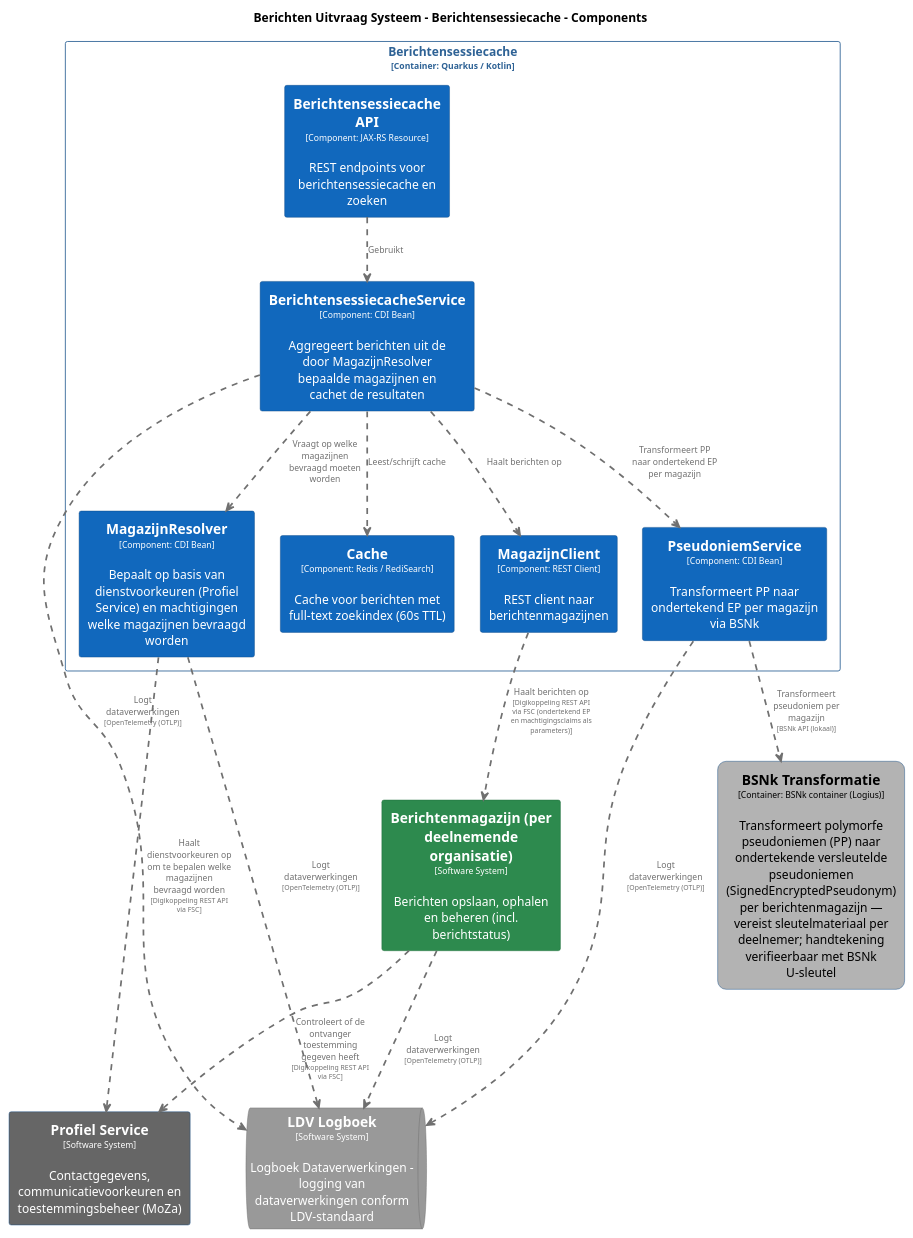
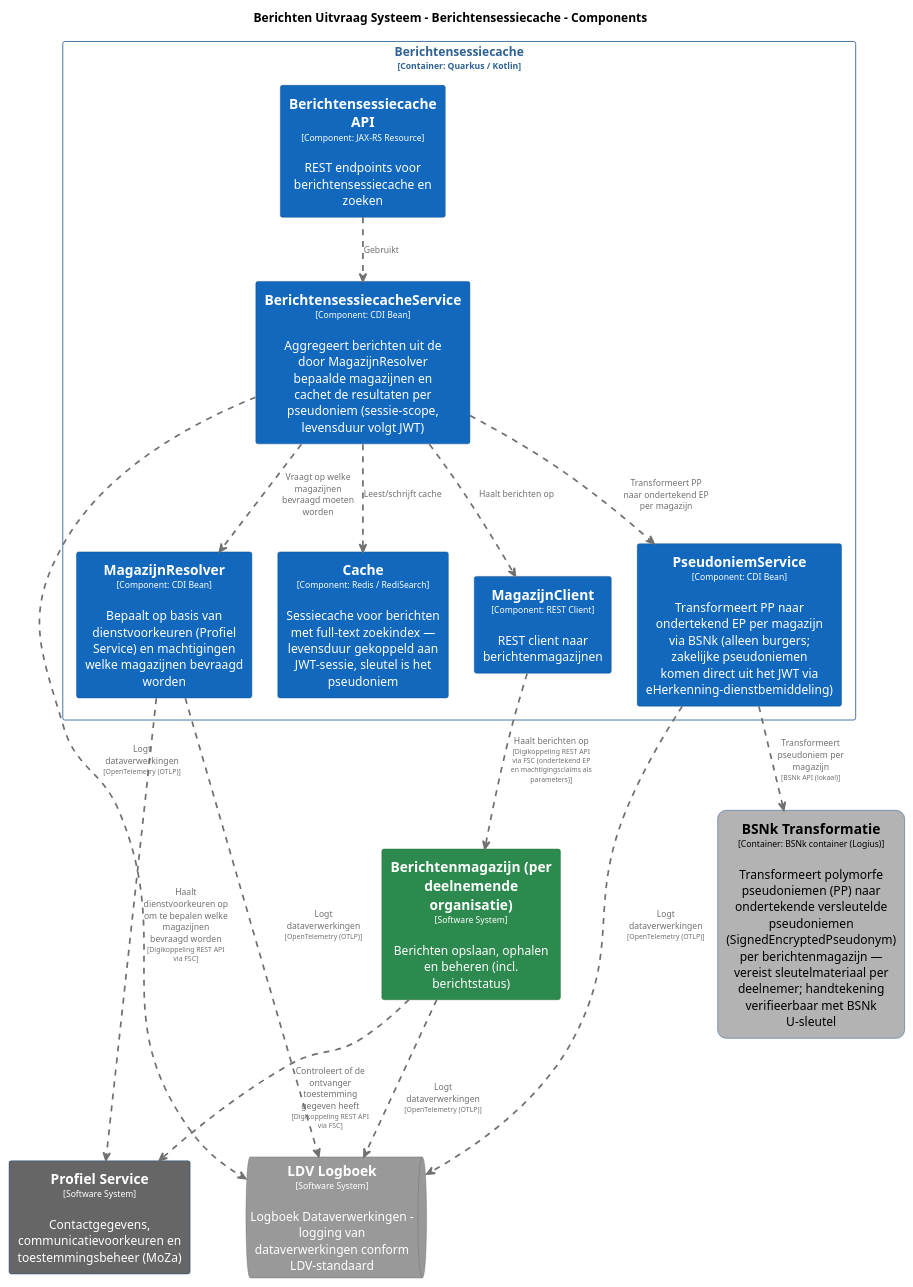
The diagram in pr-preview/pr-22/master/puml/BerichtensessiecacheComponenten.puml (MinBZK/moza-poc-fbs-berichtenbox), drawn with PlantUML before and after one commit. The commit also changed 31 other files, not shown here.

```diff
--- a/pr-preview/pr-22/master/puml/BerichtensessiecacheComponenten.puml
+++ b/pr-preview/pr-22/master/puml/BerichtensessiecacheComponenten.puml
@@ -1,112 +1,112 @@
 @startuml
 set separator none
 title Berichten Uitvraag Systeem - Berichtensessiecache - Components
 
 top to bottom direction
 skinparam ranksep 60
 skinparam nodesep 30
 
 skinparam {
   arrowFontSize 10
   defaultTextAlignment center
   wrapWidth 200
   maxMessageSize 100
 }
 
 hide stereotype
 
 skinparam rectangle<<BerichtenUitvraagSysteem.BSNkTransformatie>> {
   BackgroundColor #b3b3b3
   FontColor #000000
   BorderColor #0b4884
   roundCorner 20
   shadowing false
 }
 skinparam rectangle<<Berichtenmagazijnperdeelnemendeorganisatie>> {
   BackgroundColor #2d8a4e
   FontColor #ffffff
   BorderColor #1e6b38
   shadowing false
 }
 skinparam rectangle<<BerichtenUitvraagSysteem.Berichtensessiecache.BerichtensessiecacheAPI>> {
   BackgroundColor #1168bd
   FontColor #ffffff
   BorderColor #0b4884
   shadowing false
 }
 skinparam rectangle<<BerichtenUitvraagSysteem.Berichtensessiecache.BerichtensessiecacheService>> {
   BackgroundColor #1168bd
   FontColor #ffffff
   BorderColor #0b4884
   shadowing false
 }
 skinparam rectangle<<BerichtenUitvraagSysteem.Berichtensessiecache.Cache>> {
   BackgroundColor #1168bd
   FontColor #ffffff
   BorderColor #0b4884
   shadowing false
 }
 skinparam queue<<LDVLogboek>> {
   BackgroundColor #999999
   FontColor #ffffff
   BorderColor #6b6b6b
   shadowing false
 }
 skinparam rectangle<<BerichtenUitvraagSysteem.Berichtensessiecache.MagazijnClient>> {
   BackgroundColor #1168bd
   FontColor #ffffff
   BorderColor #0b4884
   shadowing false
 }
 skinparam rectangle<<BerichtenUitvraagSysteem.Berichtensessiecache.MagazijnResolver>> {
   BackgroundColor #1168bd
   FontColor #ffffff
   BorderColor #0b4884
   shadowing false
 }
 skinparam rectangle<<ProfielService>> {
   BackgroundColor #666666
   FontColor #ffffff
   BorderColor #0b4884
   shadowing false
 }
 skinparam rectangle<<BerichtenUitvraagSysteem.Berichtensessiecache.PseudoniemService>> {
   BackgroundColor #1168bd
   FontColor #ffffff
   BorderColor #0b4884
   shadowing false
 }
 skinparam rectangle<<BerichtenUitvraagSysteem.Berichtensessiecache>> {
   BorderColor #2e6295
   FontColor #2e6295
   shadowing false
 }
 
 rectangle "==Profiel Service\n<size:10>[Software System]</size>\n\nContactgegevens, communicatievoorkeuren en toestemmingsbeheer (MoZa)" <<ProfielService>> as ProfielService
 rectangle "==Berichtenmagazijn (per deelnemende organisatie)\n<size:10>[Software System]</size>\n\nBerichten opslaan, ophalen en beheren (incl. berichtstatus)" <<Berichtenmagazijnperdeelnemendeorganisatie>> as Berichtenmagazijnperdeelnemendeorganisatie
 rectangle "==BSNk Transformatie\n<size:10>[Container: BSNk container (Logius)]</size>\n\nTransformeert polymorfe pseudoniemen (PP) naar ondertekende versleutelde pseudoniemen (SignedEncryptedPseudonym) per berichtenmagazijn — vereist sleutelmateriaal per deelnemer; handtekening verifieerbaar met BSNk U-sleutel" <<BerichtenUitvraagSysteem.BSNkTransformatie>> as BerichtenUitvraagSysteem.BSNkTransformatie
 queue "==LDV Logboek\n<size:10>[Software System]</size>\n\nLogboek Dataverwerkingen - logging van dataverwerkingen conform LDV-standaard" <<LDVLogboek>> as LDVLogboek
 
 rectangle "Berichtensessiecache\n<size:10>[Container: Quarkus / Kotlin]</size>" <<BerichtenUitvraagSysteem.Berichtensessiecache>> {
   rectangle "==Berichtensessiecache API\n<size:10>[Component: JAX-RS Resource]</size>\n\nREST endpoints voor berichtensessiecache en zoeken" <<BerichtenUitvraagSysteem.Berichtensessiecache.BerichtensessiecacheAPI>> as BerichtenUitvraagSysteem.Berichtensessiecache.BerichtensessiecacheAPI
   rectangle "==MagazijnResolver\n<size:10>[Component: CDI Bean]</size>\n\nBepaalt op basis van dienstvoorkeuren (Profiel Service) en machtigingen welke magazijnen bevraagd worden" <<BerichtenUitvraagSysteem.Berichtensessiecache.MagazijnResolver>> as BerichtenUitvraagSysteem.Berichtensessiecache.MagazijnResolver
-  rectangle "==PseudoniemService\n<size:10>[Component: CDI Bean]</size>\n\nTransformeert PP naar ondertekend EP per magazijn via BSNk" <<BerichtenUitvraagSysteem.Berichtensessiecache.PseudoniemService>> as BerichtenUitvraagSysteem.Berichtensessiecache.PseudoniemService
-  rectangle "==BerichtensessiecacheService\n<size:10>[Component: CDI Bean]</size>\n\nAggregeert berichten uit de door MagazijnResolver bepaalde magazijnen en cachet de resultaten" <<BerichtenUitvraagSysteem.Berichtensessiecache.BerichtensessiecacheService>> as BerichtenUitvraagSysteem.Berichtensessiecache.BerichtensessiecacheService
-  rectangle "==Cache\n<size:10>[Component: Redis / RediSearch]</size>\n\nCache voor berichten met full-text zoekindex (60s TTL)" <<BerichtenUitvraagSysteem.Berichtensessiecache.Cache>> as BerichtenUitvraagSysteem.Berichtensessiecache.Cache
+  rectangle "==PseudoniemService\n<size:10>[Component: CDI Bean]</size>\n\nTransformeert PP naar ondertekend EP per magazijn via BSNk (alleen burgers; zakelijke pseudoniemen komen direct uit het JWT via eHerkenning-dienstbemiddeling)" <<BerichtenUitvraagSysteem.Berichtensessiecache.PseudoniemService>> as BerichtenUitvraagSysteem.Berichtensessiecache.PseudoniemService
+  rectangle "==BerichtensessiecacheService\n<size:10>[Component: CDI Bean]</size>\n\nAggregeert berichten uit de door MagazijnResolver bepaalde magazijnen en cachet de resultaten per pseudoniem (sessie-scope, levensduur volgt JWT)" <<BerichtenUitvraagSysteem.Berichtensessiecache.BerichtensessiecacheService>> as BerichtenUitvraagSysteem.Berichtensessiecache.BerichtensessiecacheService
+  rectangle "==Cache\n<size:10>[Component: Redis / RediSearch]</size>\n\nSessiecache voor berichten met full-text zoekindex — levensduur gekoppeld aan JWT-sessie, sleutel is het pseudoniem" <<BerichtenUitvraagSysteem.Berichtensessiecache.Cache>> as BerichtenUitvraagSysteem.Berichtensessiecache.Cache
   rectangle "==MagazijnClient\n<size:10>[Component: REST Client]</size>\n\nREST client naar berichtenmagazijnen" <<BerichtenUitvraagSysteem.Berichtensessiecache.MagazijnClient>> as BerichtenUitvraagSysteem.Berichtensessiecache.MagazijnClient
 }
 
 Berichtenmagazijnperdeelnemendeorganisatie .[#707070,thickness=2].> ProfielService : "<color:#707070>Controleert of de ontvanger toestemming gegeven heeft\n<color:#707070><size:8>[Digikoppeling REST API via FSC]</size>"
 BerichtenUitvraagSysteem.Berichtensessiecache.MagazijnResolver .[#707070,thickness=2].> ProfielService : "<color:#707070>Haalt dienstvoorkeuren op om te bepalen welke magazijnen bevraagd worden\n<color:#707070><size:8>[Digikoppeling REST API via FSC]</size>"
 BerichtenUitvraagSysteem.Berichtensessiecache.MagazijnClient .[#707070,thickness=2].> Berichtenmagazijnperdeelnemendeorganisatie : "<color:#707070>Haalt berichten op\n<color:#707070><size:8>[Digikoppeling REST API via FSC (ondertekend EP en machtigingsclaims als parameters)]</size>"
 Berichtenmagazijnperdeelnemendeorganisatie .[#707070,thickness=2].> LDVLogboek : "<color:#707070>Logt dataverwerkingen\n<color:#707070><size:8>[OpenTelemetry (OTLP)]</size>"
 BerichtenUitvraagSysteem.Berichtensessiecache.BerichtensessiecacheService .[#707070,thickness=2].> LDVLogboek : "<color:#707070>Logt dataverwerkingen\n<color:#707070><size:8>[OpenTelemetry (OTLP)]</size>"
 BerichtenUitvraagSysteem.Berichtensessiecache.MagazijnResolver .[#707070,thickness=2].> LDVLogboek : "<color:#707070>Logt dataverwerkingen\n<color:#707070><size:8>[OpenTelemetry (OTLP)]</size>"
 BerichtenUitvraagSysteem.Berichtensessiecache.PseudoniemService .[#707070,thickness=2].> LDVLogboek : "<color:#707070>Logt dataverwerkingen\n<color:#707070><size:8>[OpenTelemetry (OTLP)]</size>"
 BerichtenUitvraagSysteem.Berichtensessiecache.BerichtensessiecacheAPI .[#707070,thickness=2].> BerichtenUitvraagSysteem.Berichtensessiecache.BerichtensessiecacheService : "<color:#707070>Gebruikt"
 BerichtenUitvraagSysteem.Berichtensessiecache.BerichtensessiecacheService .[#707070,thickness=2].> BerichtenUitvraagSysteem.Berichtensessiecache.MagazijnResolver : "<color:#707070>Vraagt op welke magazijnen bevraagd moeten worden"
 BerichtenUitvraagSysteem.Berichtensessiecache.BerichtensessiecacheService .[#707070,thickness=2].> BerichtenUitvraagSysteem.Berichtensessiecache.PseudoniemService : "<color:#707070>Transformeert PP naar ondertekend EP per magazijn"
 BerichtenUitvraagSysteem.Berichtensessiecache.BerichtensessiecacheService .[#707070,thickness=2].> BerichtenUitvraagSysteem.Berichtensessiecache.Cache : "<color:#707070>Leest/schrijft cache"
 BerichtenUitvraagSysteem.Berichtensessiecache.BerichtensessiecacheService .[#707070,thickness=2].> BerichtenUitvraagSysteem.Berichtensessiecache.MagazijnClient : "<color:#707070>Haalt berichten op"
 BerichtenUitvraagSysteem.Berichtensessiecache.PseudoniemService .[#707070,thickness=2].> BerichtenUitvraagSysteem.BSNkTransformatie : "<color:#707070>Transformeert pseudoniem per magazijn\n<color:#707070><size:8>[BSNk API (lokaal)]</size>"
 @enduml
```
